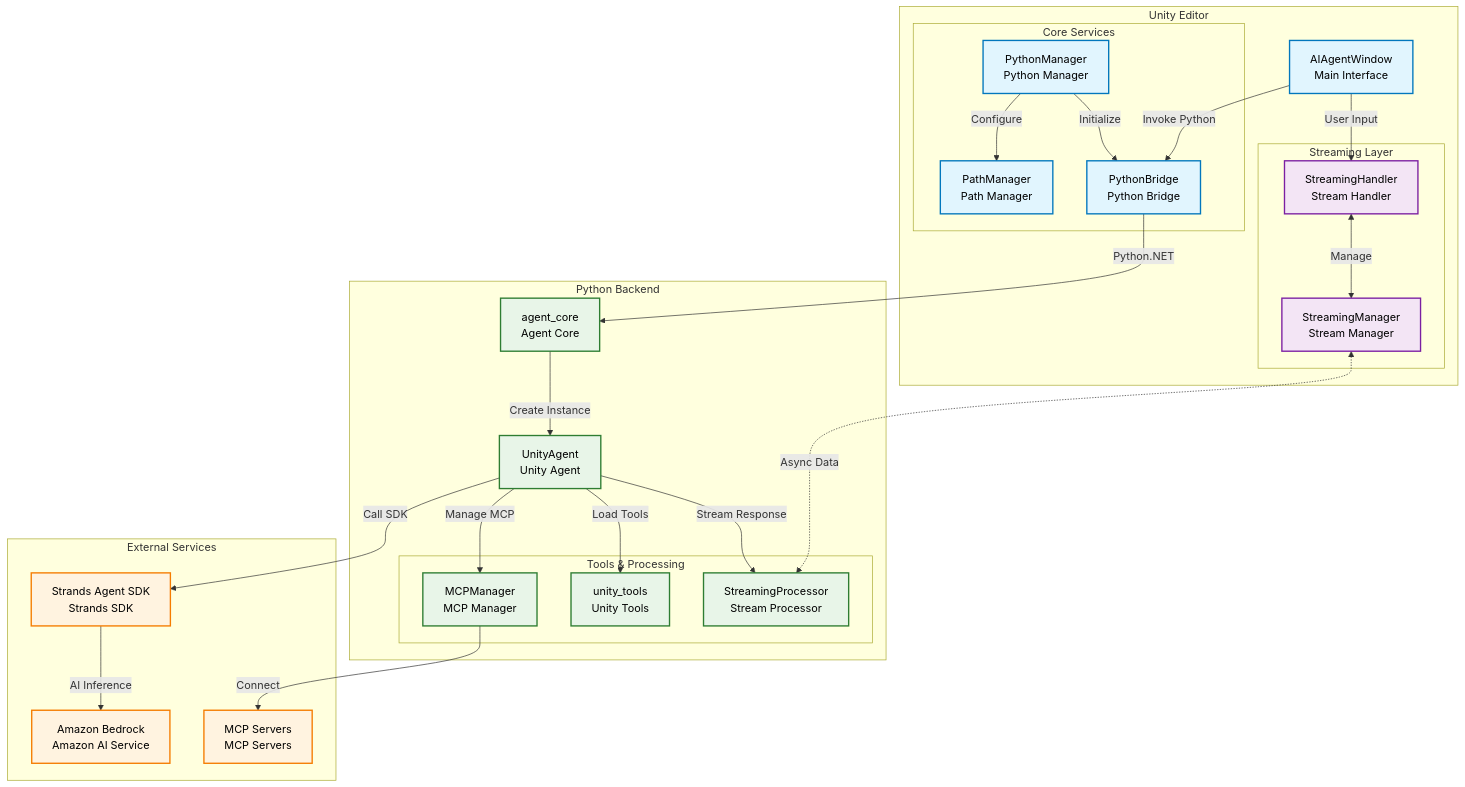
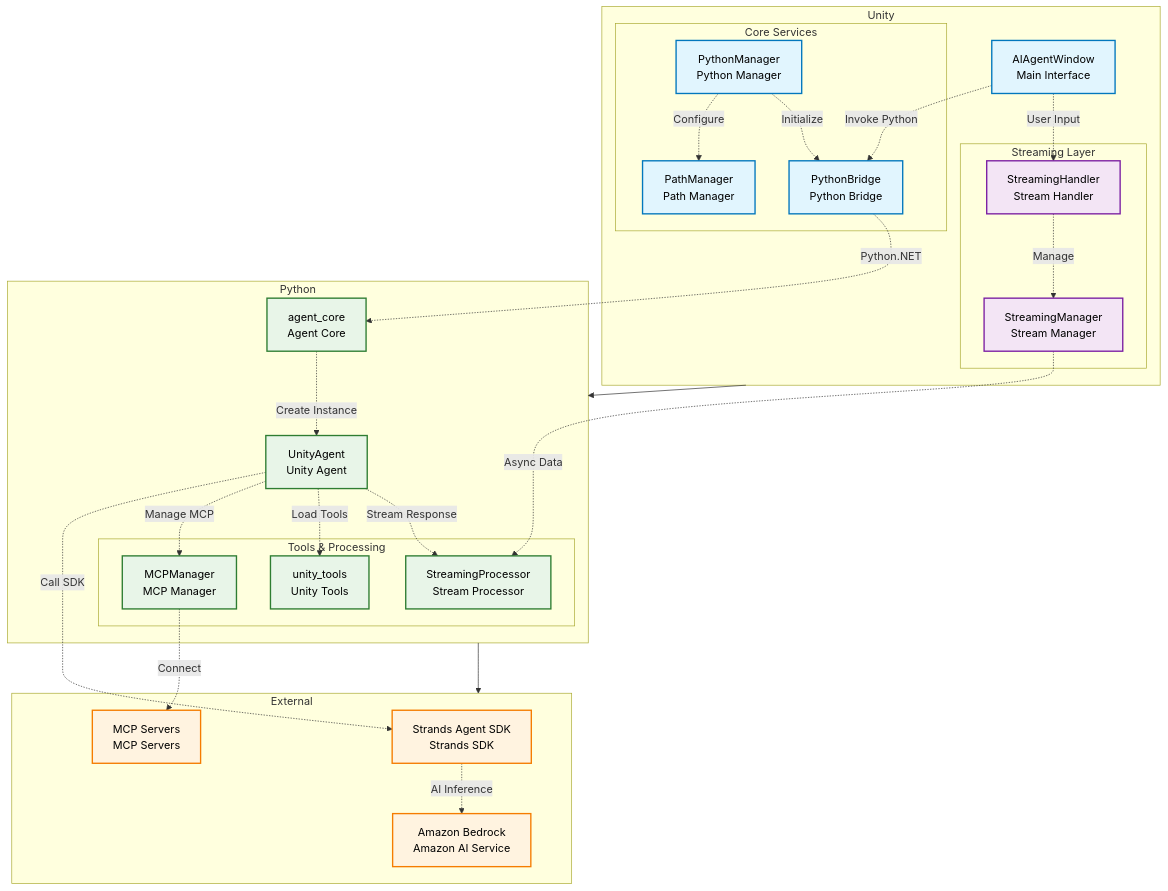
Before and after one commit to ddpie/unity-strands-agent: the second of 2 diagrams in README.md, drawn with Mermaid. The commit also changed other lines of this file, not shown here.

Commit message:
enforce vertical layout with explicit top-level node arrangement
- Add explicit top-level nodes: Unity -> Python -> External to force vertical flow
- Use flowchart TB with clear hierarchical connections between main sections
- Change solid arrows to dotted lines for internal data flows to reduce visual clutter
- Maintain detailed component relationships within each section
- Ensure proper vertical stacking: Unity Editor at top, Python Backend middle, External Services bottom
- Keep consistent styling and component organization

````diff
--- a/README.md
+++ b/README.md
@@ -180,69 +179,68 @@
 ```mermaid
-flowchart TD
-    subgraph Unity["Unity Editor"]
+flowchart TB
+    Unity["Unity Editor"]
+    Python["Python Backend"] 
+    External["External Services"]
+    
+    Unity --> Python
+    Python --> External
+    
+    subgraph Unity
         UI[AIAgentWindow<br/>Main Interface]
         
         subgraph Streaming["Streaming Layer"]
             SH[StreamingHandler<br/>Stream Handler]
             SM[StreamingManager<br/>Stream Manager]
         end
         
         subgraph Core["Core Services"]
             PB[PythonBridge<br/>Python Bridge]
             PM[PythonManager<br/>Python Manager]
             PATH[PathManager<br/>Path Manager]
         end
     end
     
-    subgraph Python["Python Backend"]
+    subgraph Python
         AC[agent_core<br/>Agent Core]
         UA[UnityAgent<br/>Unity Agent]
         
         subgraph Tools["Tools & Processing"]
             SP[StreamingProcessor<br/>Stream Processor]
             UT[unity_tools<br/>Unity Tools]
             MM[MCPManager<br/>MCP Manager]
         end
     end
     
-    subgraph External["External Services"]
+    subgraph External
         SDK[Strands Agent SDK<br/>Strands SDK]
         AWS[Amazon Bedrock<br/>Amazon AI Service]
         MCP[MCP Servers<br/>MCP Servers]
     end
     
-    %% User interaction flow
-    UI -->|User Input| SH
-    UI -->|Invoke Python| PB
-    
-    %% Streaming flow
-    SH <-->|Manage| SM
-    SM <-.->|Async Data| SP
-    
-    %% Core services flow
-    PM -->|Initialize| PB
-    PM -->|Configure| PATH
-    PB -->|Python.NET| AC
-    
-    %% Python internal flow
-    AC -->|Create Instance| UA
-    UA -->|Stream Response| SP
-    UA -->|Load Tools| UT
-    UA -->|Manage MCP| MM
-    
-    %% External services flow
-    UA -->|Call SDK| SDK
-    SDK -->|AI Inference| AWS
-    MM -->|Connect| MCP
+    %% Data flow
+    UI -.->|User Input| SH
+    UI -.->|Invoke Python| PB
+    SH -.->|Manage| SM
+    SM -.->|Async Data| SP
+    PM -.->|Initialize| PB
+    PM -.->|Configure| PATH
+    PB -.->|Python.NET| AC
+    AC -.->|Create Instance| UA
+    UA -.->|Stream Response| SP
+    UA -.->|Load Tools| UT
+    UA -.->|Manage MCP| MM
+    UA -.->|Call SDK| SDK
+    SDK -.->|AI Inference| AWS
+    MM -.->|Connect| MCP
     
     %% Style definitions
     classDef unityStyle fill:#e1f5fe,stroke:#0277bd,stroke-width:2px,color:#000
     classDef pythonStyle fill:#e8f5e8,stroke:#2e7d32,stroke-width:2px,color:#000
     classDef externalStyle fill:#fff3e0,stroke:#f57c00,stroke-width:2px,color:#000
     classDef streamStyle fill:#f3e5f5,stroke:#7b1fa2,stroke-width:2px,color:#000
     
     class UI,PB,PM,PATH unityStyle
     class SH,SM streamStyle
     class AC,UA,SP,UT,MM pythonStyle
     class SDK,AWS,MCP externalStyle
 ```
````
